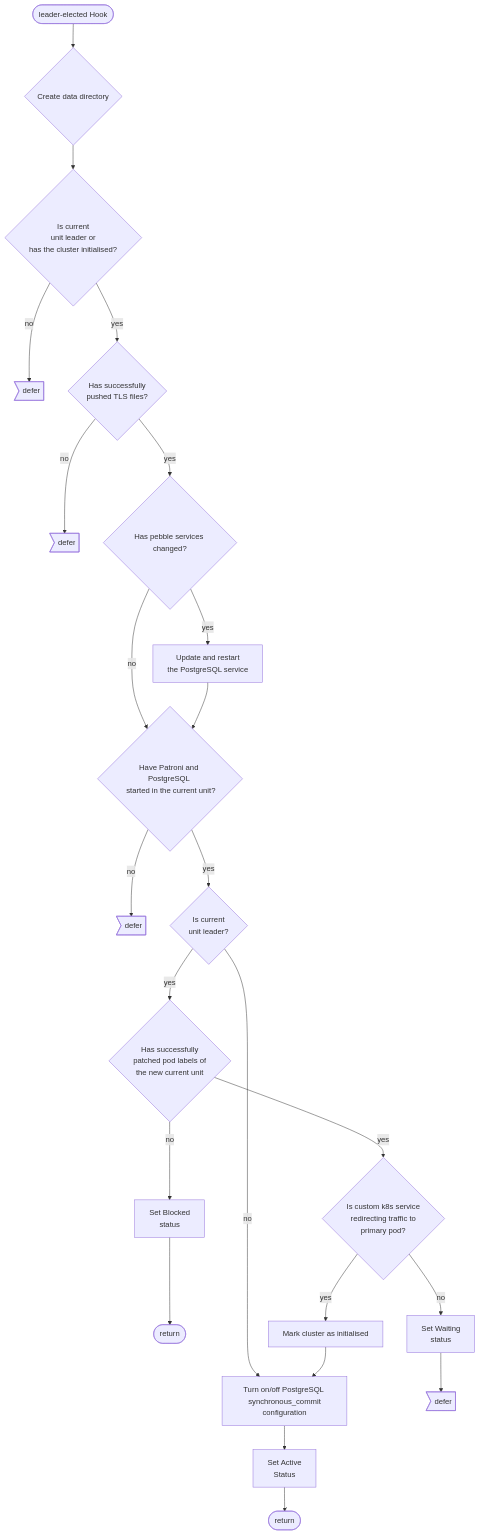
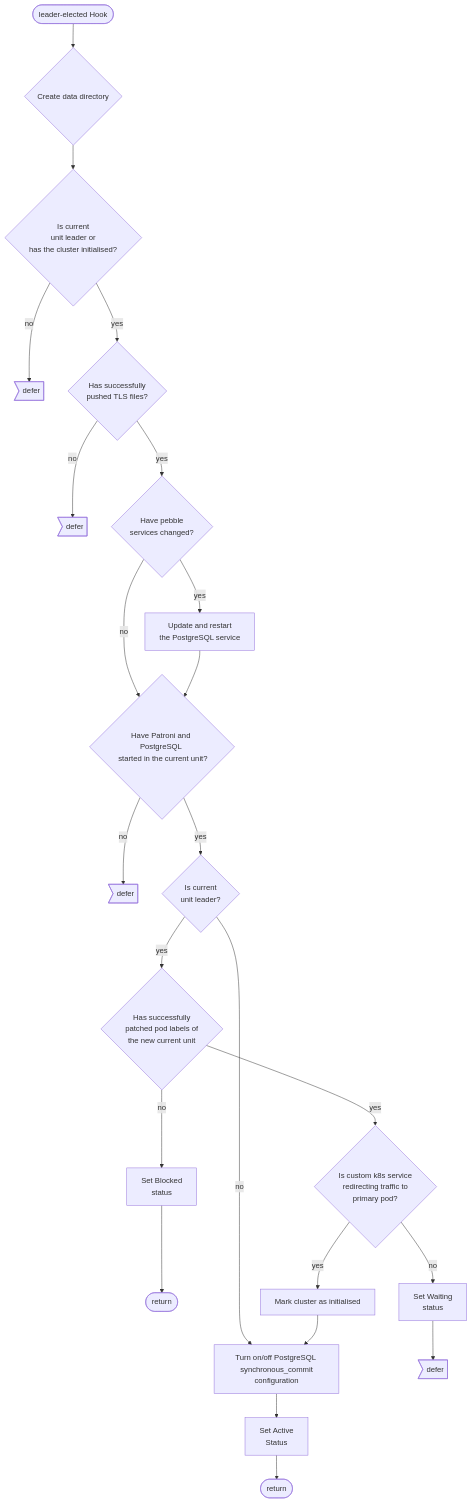
One commit to canonical/postgresql-k8s-operator changed the second of 2 diagrams in documentation/reference/charm.md. Above: the diagram before and after it, drawn with Mermaid.

````diff
--- a/documentation/reference/charm.md
+++ b/documentation/reference/charm.md
@@ -37,25 +37,25 @@
 ```mermaid
 flowchart TD
   hook_fired([leader-elected Hook]) --> create_pgdata{Create data directory}
   create_pgdata --> is_leader_or_has_cluster_initialised{Is current\nunit leader or \n has the cluster initialised?}
   is_leader_or_has_cluster_initialised -- no --> defer>defer]
   is_leader_or_has_cluster_initialised -- yes --> has_pushed_tls_files{Has successfully \n pushed TLS files?}
   has_pushed_tls_files -- no --> defer2>defer]
-  has_pushed_tls_files -- yes --> has_services_changed{Has pebble services changed?}
+  has_pushed_tls_files -- yes --> has_services_changed{Have pebble \n services changed?}
   has_services_changed -- no --> has_member_started
   has_services_changed -- yes --> update_and_restart_service[Update and restart \n the PostgreSQL service]
   update_and_restart_service --> has_member_started{Have Patroni and PostgreSQL \n started in the current unit?}
   has_member_started -- no --> defer3>defer]
   has_member_started -- yes --> is_leader{Is current\nunit leader?}
   is_leader -- no --> update_config
   is_leader -- yes --> has_patched_pod_labels{Has successfully \n patched pod labels of \n the new current unit}
   has_patched_pod_labels -- no --> set_blocked[Set Blocked\nstatus]
   set_blocked --> rtn([return])
   has_patched_pod_labels -- yes --> is_service_redirecting_traffic{Is custom k8s service \n redirecting traffic to \n primary pod?}
   is_service_redirecting_traffic -- no --> set_waiting[Set Waiting\nstatus]
   set_waiting --> defer4>defer]
   is_service_redirecting_traffic -- yes --> mark_cluster_as_initialised[Mark cluster as initialised]
   mark_cluster_as_initialised--> update_config[Turn on/off PostgreSQL \n synchronous_commit configuration]
   update_config --> set_active[Set Active\n Status]
   set_active --> rtn2([return])
 ```
````
